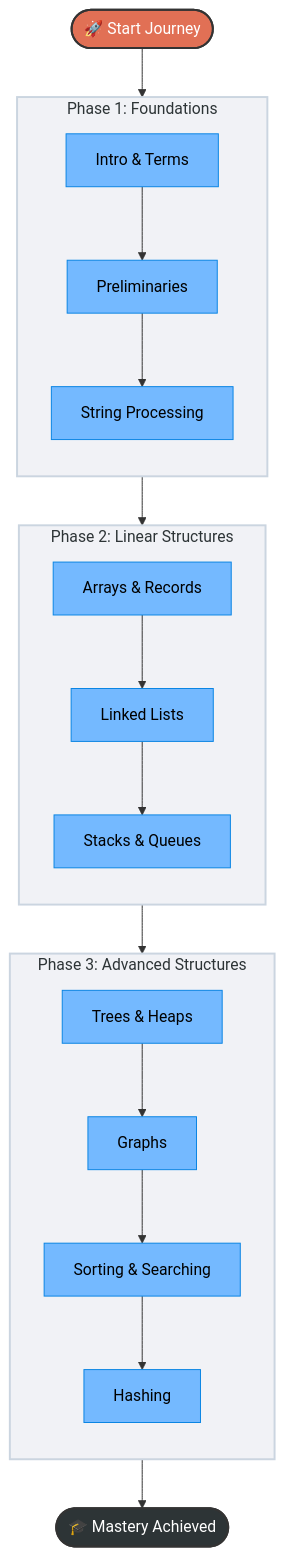
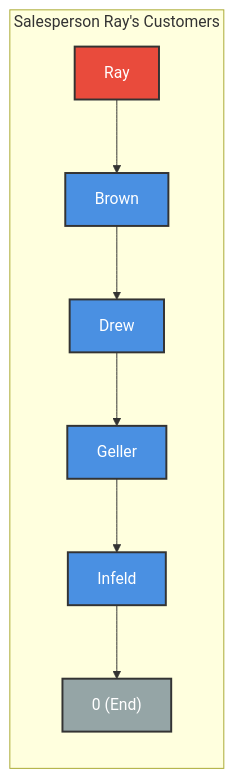
Before and after one commit to shafkatb230101003-code/DSA: diagram 12 of 29 in README.md, drawn with Mermaid. The commit also changed other lines of this file, not shown here.

````diff
--- a/README.md
+++ b/README.md
@@ -26,39 +366,17 @@
 ```mermaid
-graph TB
-    %% Styles
-    classDef phase fill:#f1f2f6,stroke:#cbd5e0,stroke-width:2px,color:#2d3436
-    classDef start fill:#e17055,stroke:#333,stroke-width:2px,color:white
-    classDef endNode fill:#2d3436,stroke:#333,stroke-width:2px,color:white
-    classDef topic fill:#74b9ff,stroke:#0984e3,stroke-width:1px,color:black
-
-    Start([🚀 Start Journey]):::start
-    
-    subgraph P1 [Phase 1: Foundations]
-        direction TB
-        C1[Intro & Terms]:::topic --> C2[Preliminaries]:::topic
-        C2 --> C3[String Processing]:::topic
+graph LR
+    subgraph "Salesperson Ray's Customers"
+        R["Ray"] --> B["Brown"]
+        B --> D["Drew"]
+        D --> G["Geller"]
+        G --> I["Infeld"]
+        I --> END["0 (End)"]
     end
     
-    subgraph P2 [Phase 2: Linear Structures]
-        direction TB
-        C4[Arrays & Records]:::topic --> C5[Linked Lists]:::topic
-        C5 --> C6[Stacks & Queues]:::topic
-    end
-    
-    subgraph P3 [Phase 3: Advanced Structures]
-        direction TB
-        C7[Trees & Heaps]:::topic --> C8[Graphs]:::topic
-        C8 --> C9[Sorting & Searching]:::topic --> C10[Hashing]:::topic
-    end
-    
-    End([🎓 Mastery Achieved]):::endNode
-
-    %% Flow
-    Start --> P1
-    P1 --> P2
-    P2 --> P3
-    P3 --> End
-    
-    %% Style Subgraphs
-    class P1,P2,P3 phase
+    style R fill:#E94B3C,stroke:#333,stroke-width:2px,color:#fff
+    style B fill:#4A90E2,stroke:#333,stroke-width:2px,color:#fff
+    style D fill:#4A90E2,stroke:#333,stroke-width:2px,color:#fff
+    style G fill:#4A90E2,stroke:#333,stroke-width:2px,color:#fff
+    style I fill:#4A90E2,stroke:#333,stroke-width:2px,color:#fff
+    style END fill:#95A5A6,stroke:#333,stroke-width:2px,color:#fff
 ```
````
